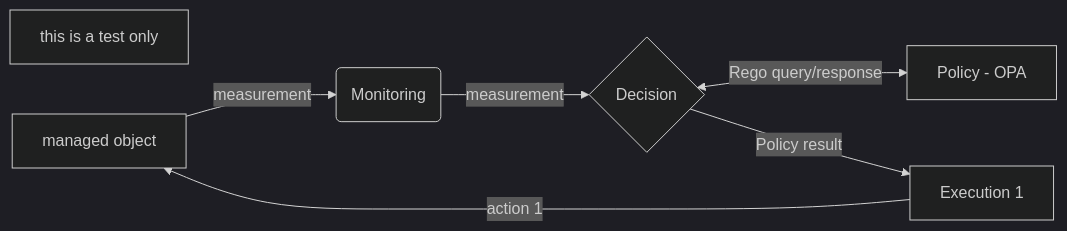
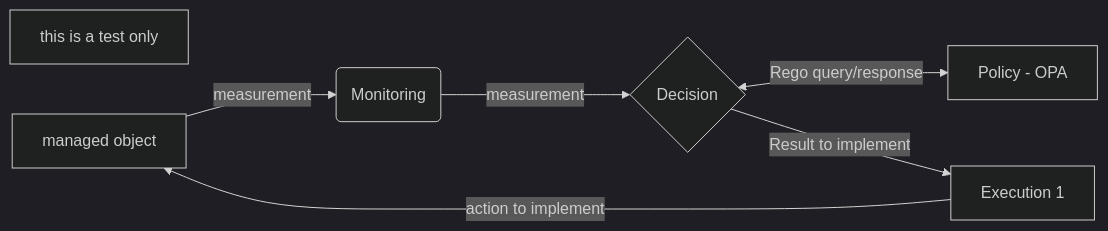
The diagram in README2.md (dbursztynowski/cl_demo), drawn with Mermaid (dark theme) before and after one commit.

````diff
--- a/README2.md
+++ b/README2.md
@@ -7,10 +7,10 @@
 ```mermaid
 flowchart LR
 
 I[this is a test only]
 M[managed object] -->|measurement| A(Monitoring)
 A -->|measurement| B{Decision}
 B <-->|Rego query/response| C[Policy - OPA]
-B -->|Policy result| D[Execution 1]
-D -->|action 1| M
+B -->|Result to implement| D[Execution 1]
+D -->|action to implement| M
 ```
````
